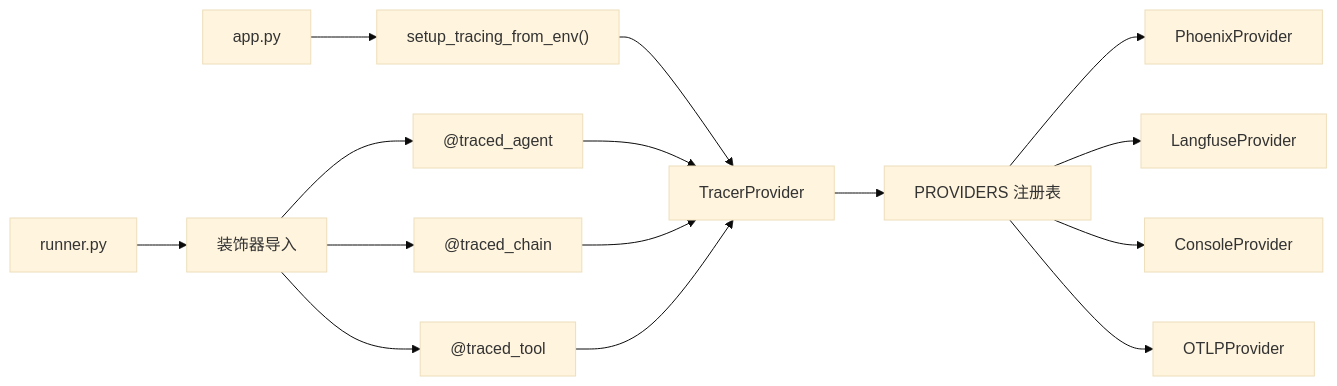
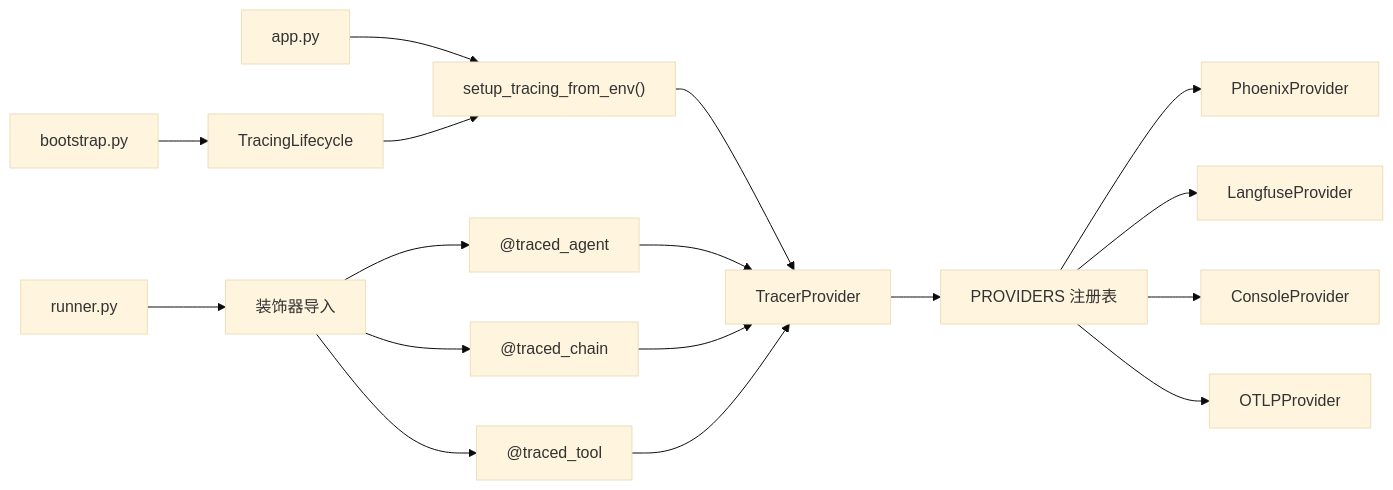
The seventh of 7 diagrams in repowiki/zh/content/架构设计/可观测性与监控.md (YU-JI-KUI/ark-agentic), drawn with Mermaid (base theme) before and after one commit. The commit also changed other lines of this file and 116 other files, not shown here.

````diff
--- a/repowiki/zh/content/架构设计/可观测性与监控.md
+++ b/repowiki/zh/content/架构设计/可观测性与监控.md
@@ -258,17 +336,19 @@
 ```mermaid
 graph LR
 APP["app.py"] --> SETUP["setup_tracing_from_env()"]
 SETUP --> TP["TracerProvider"]
 TP --> REG["PROVIDERS 注册表"]
 REG --> PHX["PhoenixProvider"]
 REG --> LF["LangfuseProvider"]
 REG --> CON["ConsoleProvider"]
 REG --> OTLP["OTLPProvider"]
 RUNNER["runner.py"] --> DEC["装饰器导入"]
 DEC --> TRACED_AGENT["@traced_agent"]
 DEC --> TRACED_CHAIN["@traced_chain"]
 DEC --> TRACED_TOOL["@traced_tool"]
 TRACED_AGENT --> TP
 TRACED_CHAIN --> TP
 TRACED_TOOL --> TP
+BOOTSTRAP["bootstrap.py"] --> TL["TracingLifecycle"]
+TL --> SETUP
 ```
````
